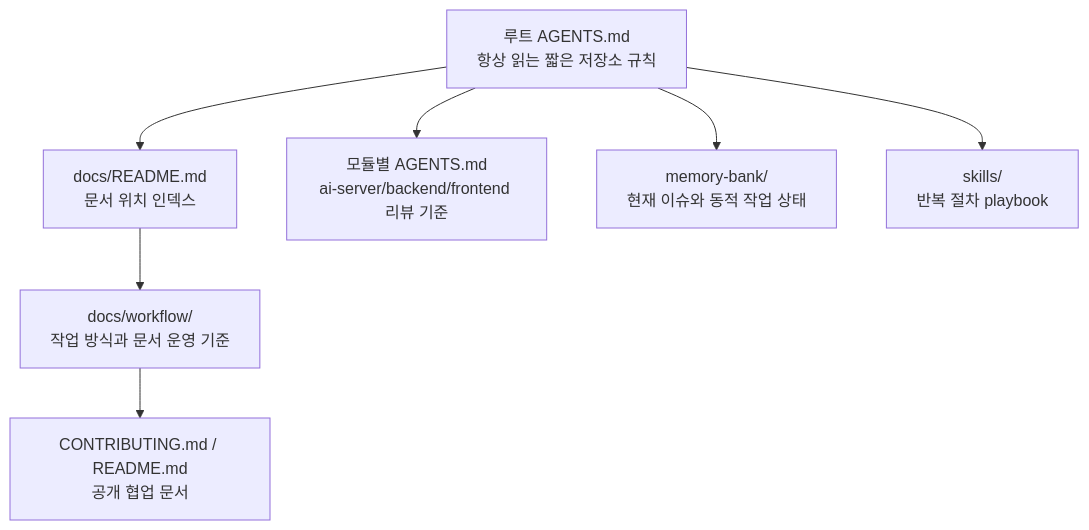
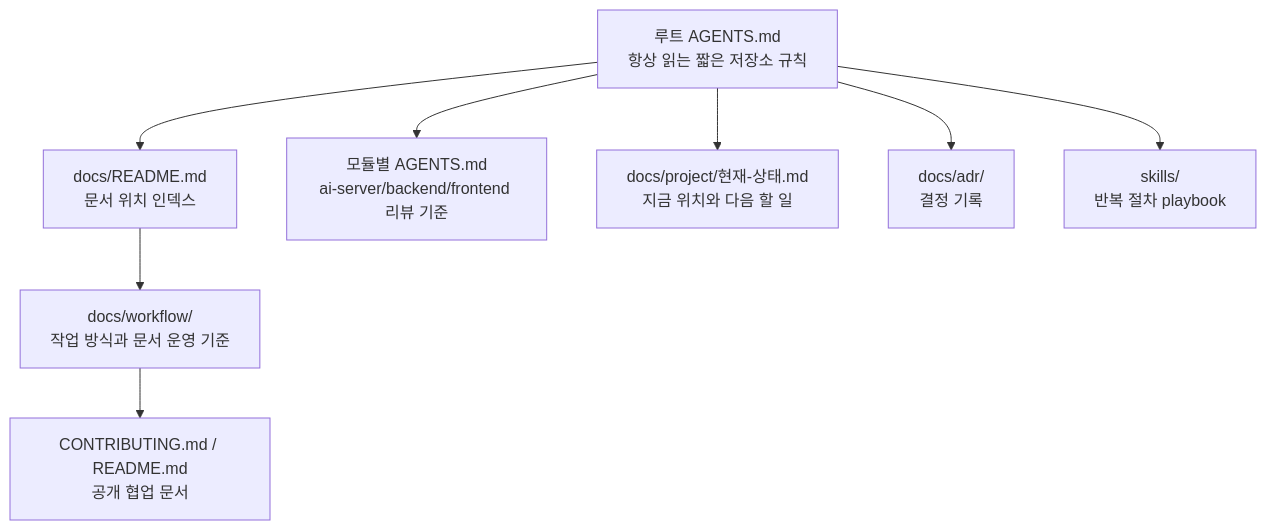
The diagram in docs/workflow/AGENTS-및-AI문서-운영기준.md (QyongGin/DocuMind), drawn with Mermaid before and after one commit. The commit also changed other lines of this file and 41 other files, not shown here.

First line of the commit message:
docs(agent): memory-bank를 ADR·현재 상태 문서·알려진 문제로 나눠 실무 구조로 바꿈

````diff
--- a/docs/workflow/AGENTS-및-AI문서-운영기준.md
+++ b/docs/workflow/AGENTS-및-AI문서-운영기준.md
@@ -26,17 +26,19 @@
 ```mermaid
 flowchart TD
     Root["루트 AGENTS.md<br/>항상 읽는 짧은 저장소 규칙"]
     DocsIndex["docs/README.md<br/>문서 위치 인덱스"]
     Workflow["docs/workflow/<br/>작업 방식과 문서 운영 기준"]
     ModuleAgents["모듈별 AGENTS.md<br/>ai-server/backend/frontend 리뷰 기준"]
-    Memory["memory-bank/<br/>현재 이슈와 동적 작업 상태"]
+    Status["docs/project/현재-상태.md<br/>지금 위치와 다음 할 일"]
+    ADR["docs/adr/<br/>결정 기록"]
     Skills["skills/<br/>반복 절차 playbook"]
     PublicDocs["CONTRIBUTING.md / README.md<br/>공개 협업 문서"]
 
     Root --> DocsIndex
     Root --> ModuleAgents
-    Root --> Memory
+    Root --> Status
+    Root --> ADR
     Root --> Skills
     DocsIndex --> Workflow
     Workflow --> PublicDocs
 ```
````
